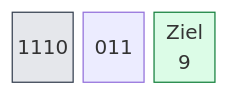
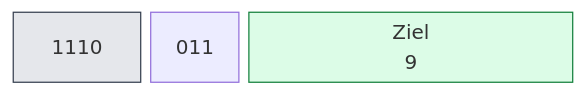
Diagram 12 of 32 in book/kap03.md (olfp/Deep16), drawn with Mermaid before and after one commit. The commit also changed other lines of this file and 1 other file, not shown here.

Commit message:
book(kap03): alle 32 Befehlsdiagramme auf 31-Spalten-Layout normiert

````diff
--- a/book/kap03.md
+++ b/book/kap03.md
@@ -448,15 +448,15 @@
 ```mermaid
 block-beta
-  columns 3
+  columns 31
   classDef op fill:#e5e7eb,stroke:#374151
   classDef reg fill:#dbeafe,stroke:#1d4ed8
   classDef imm fill:#fef3c7,stroke:#b45309
   classDef off fill:#dcfce7,stroke:#15803d
   classDef seg fill:#ede9fe,stroke:#6d28d9
   classDef all fill:#fee2e2,stroke:#b91c1c
-  b0["1110"]:1
-  b1["011"]:1
-  b2["Ziel<br/>9"]:1
+  b0["1110"]:7
+  b1["011"]:5
+  b2["Ziel<br/>9"]:17
   class b0 b1 op
   class b2 off
 ```
````
